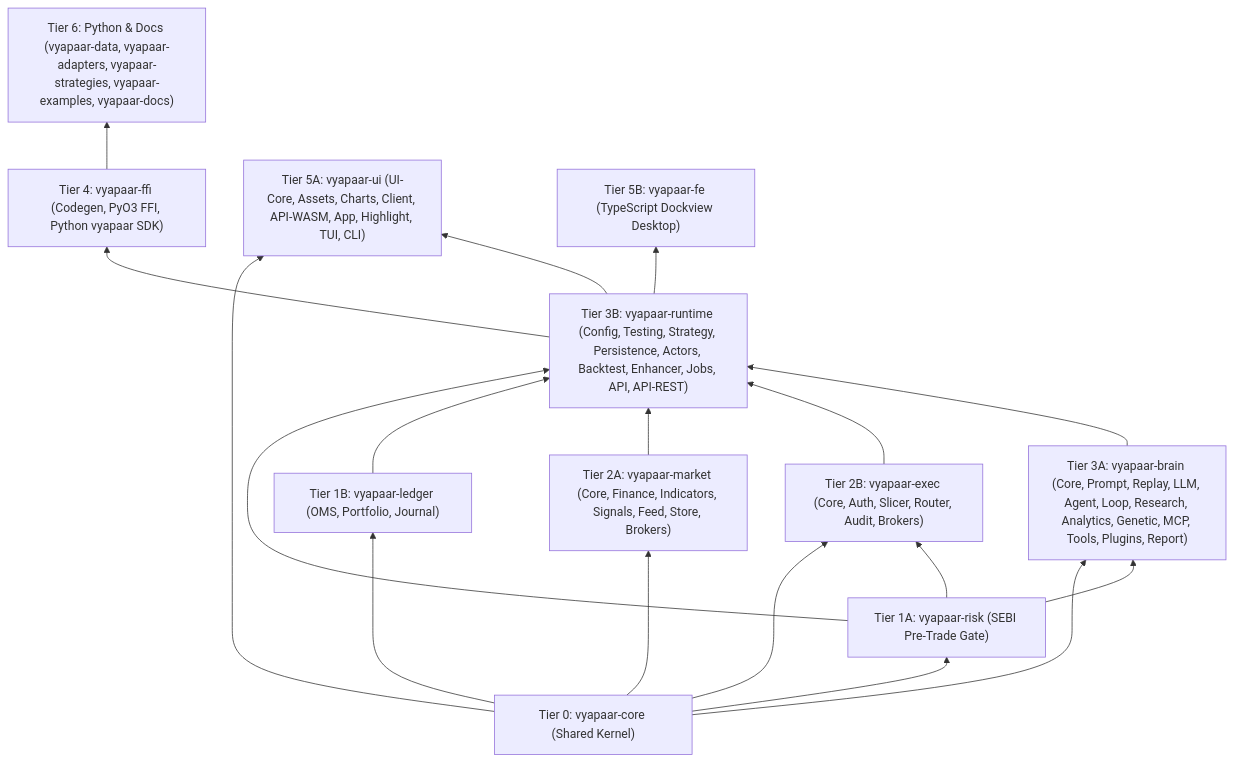
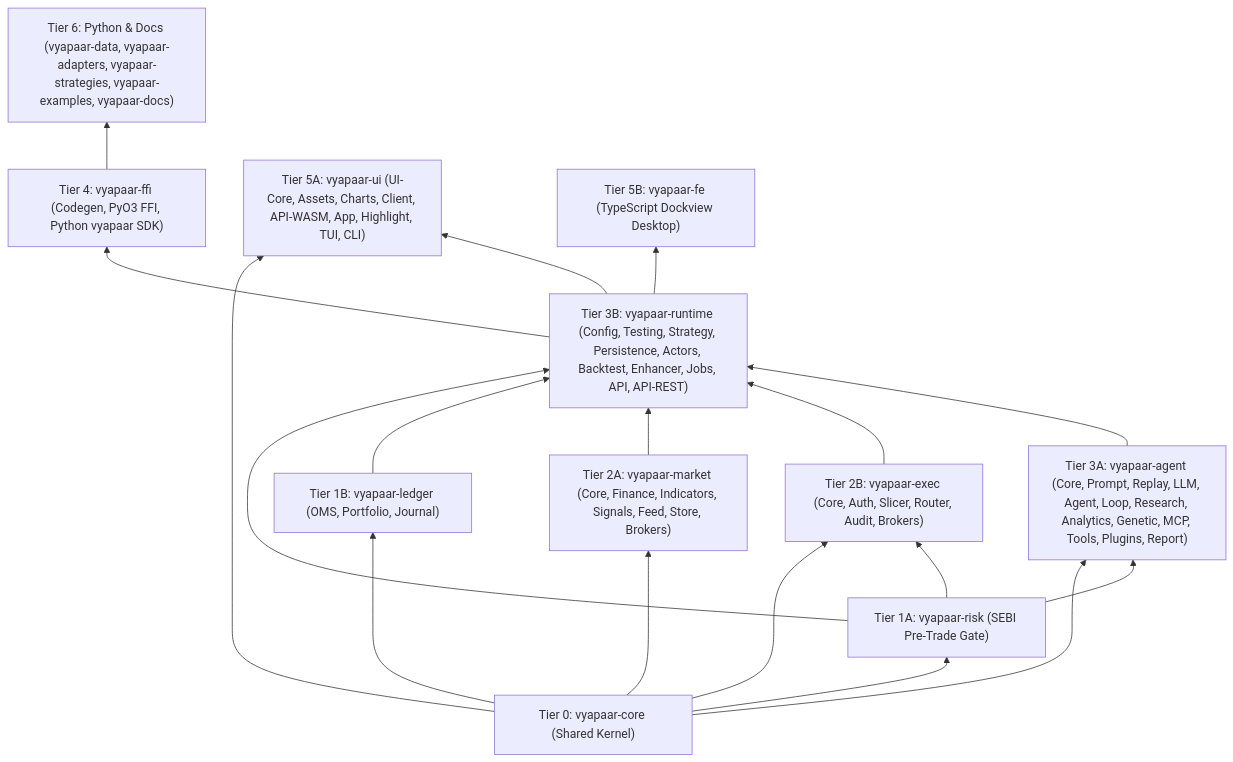
One commit to tantra-labs/tantra-labs changed the diagram in migration-guide.md. Above: the diagram before and after it, drawn with Mermaid. The commit also changed other lines of this file and 87 other files, not shown here.

First line of the commit message:
chore(workspace): pre-flight — align vyapaar-brain to vyapaar-agent (bounded context & Agent tier naming)

````diff
--- a/migration-guide.md
+++ b/migration-guide.md
@@ -59,32 +59,32 @@
 ```mermaid
 flowchart BT
     T0["Tier 0: vyapaar-core (Shared Kernel)"]
     T1A["Tier 1A: vyapaar-risk (SEBI Pre-Trade Gate)"]
     T1B["Tier 1B: vyapaar-ledger (OMS, Portfolio, Journal)"]
     T2A["Tier 2A: vyapaar-market (Core, Finance, Indicators, Signals, Feed, Store, Brokers)"]
     T2B["Tier 2B: vyapaar-exec (Core, Auth, Slicer, Router, Audit, Brokers)"]
-    T3A["Tier 3A: vyapaar-brain (Core, Prompt, Replay, LLM, Agent, Loop, Research, Analytics, Genetic, MCP, Tools, Plugins, Report)"]
+    T3A["Tier 3A: vyapaar-agent (Core, Prompt, Replay, LLM, Agent, Loop, Research, Analytics, Genetic, MCP, Tools, Plugins, Report)"]
     T3B["Tier 3B: vyapaar-runtime (Config, Testing, Strategy, Persistence, Actors, Backtest, Enhancer, Jobs, API, API-REST)"]
     T4["Tier 4: vyapaar-ffi (Codegen, PyO3 FFI, Python vyapaar SDK)"]
     T5A["Tier 5A: vyapaar-ui (UI-Core, Assets, Charts, Client, API-WASM, App, Highlight, TUI, CLI)"]
     T5B["Tier 5B: vyapaar-fe (TypeScript Dockview Desktop)"]
     T6["Tier 6: Python & Docs (vyapaar-data, vyapaar-adapters, vyapaar-strategies, vyapaar-examples, vyapaar-docs)"]
 
     T0 --> T1A
     T0 --> T1B
     T0 --> T2A
     T0 --> T2B
     T1A --> T2B
     T0 --> T3A
     T1A --> T3A
     T1A --> T3B
     T1B --> T3B
     T2A --> T3B
     T2B --> T3B
     T3A --> T3B
     T3B --> T4
     T0 --> T5A
     T3B --> T5A
     T3B --> T5B
     T4 --> T6
 ```
````
